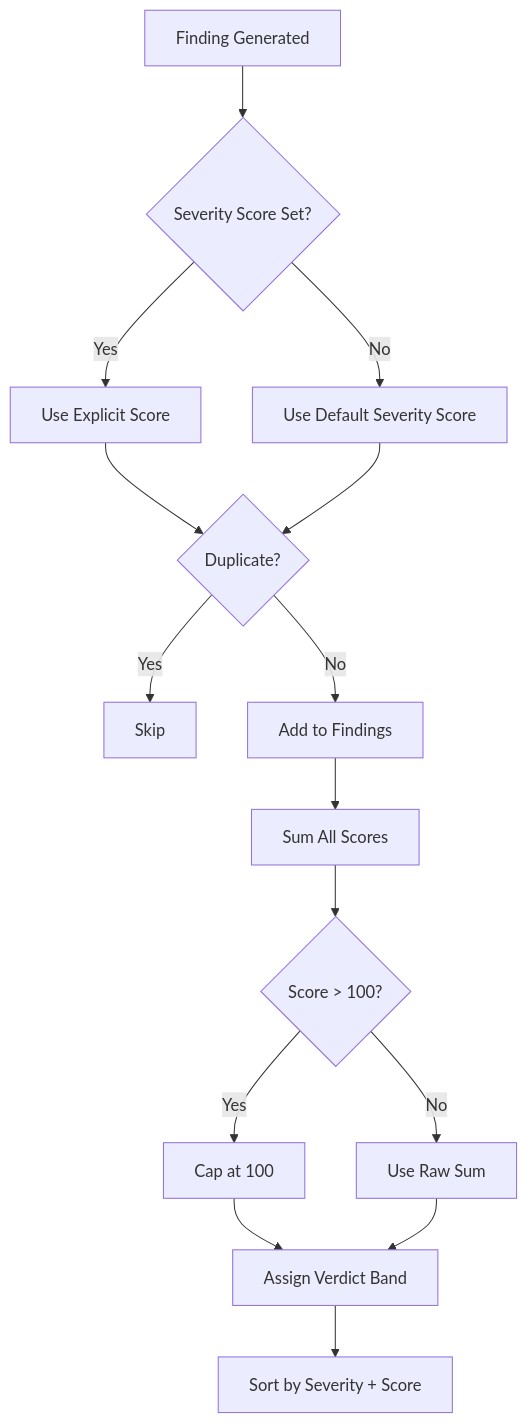
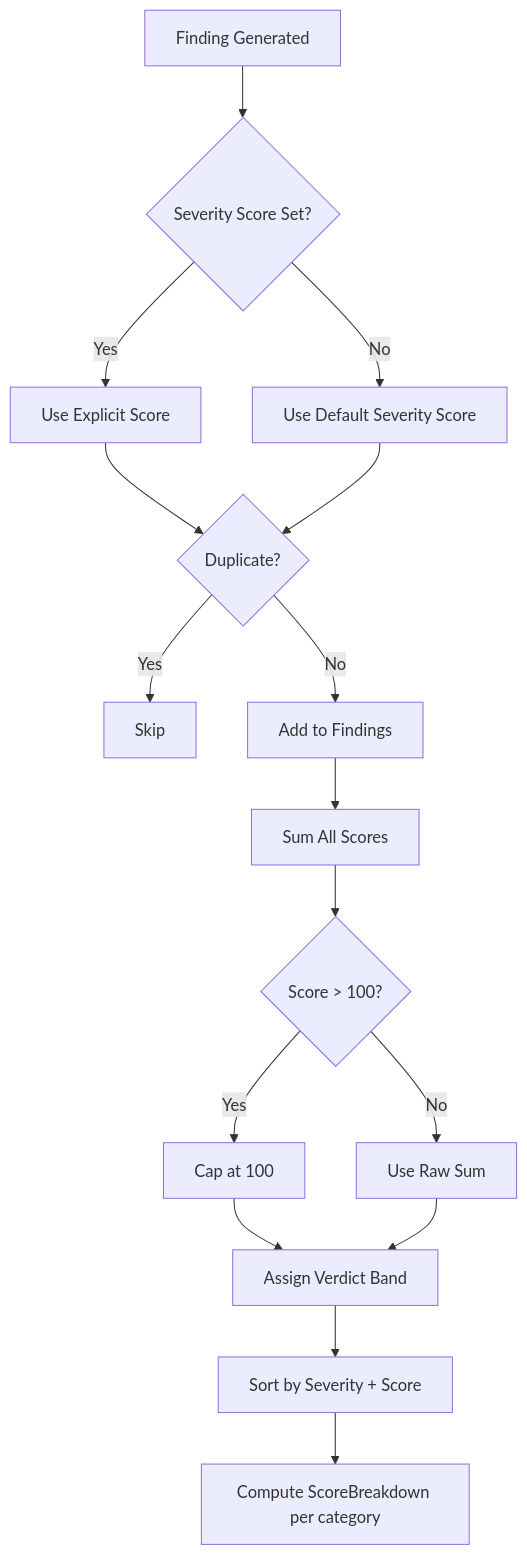
The eighth of 11 diagrams in README.md (Masriyan/FlatScan), drawn with Mermaid before and after one commit. The commit also changed other lines of this file and 20 other files, not shown here.

````diff
--- a/README.md
+++ b/README.md
@@ -462,17 +489,18 @@
 ```mermaid
 graph TD
     A[Finding Generated] --> B{Severity Score Set?}
     B -->|Yes| C[Use Explicit Score]
     B -->|No| D[Use Default Severity Score]
     C --> E{Duplicate?}
     D --> E
     E -->|Yes| F[Skip]
     E -->|No| G[Add to Findings]
     G --> H[Sum All Scores]
     H --> I{Score > 100?}
     I -->|Yes| J[Cap at 100]
     I -->|No| K[Use Raw Sum]
     J --> L[Assign Verdict Band]
     K --> L
     L --> M[Sort by Severity + Score]
+    M --> N[Compute ScoreBreakdown per category]
 ```
````
